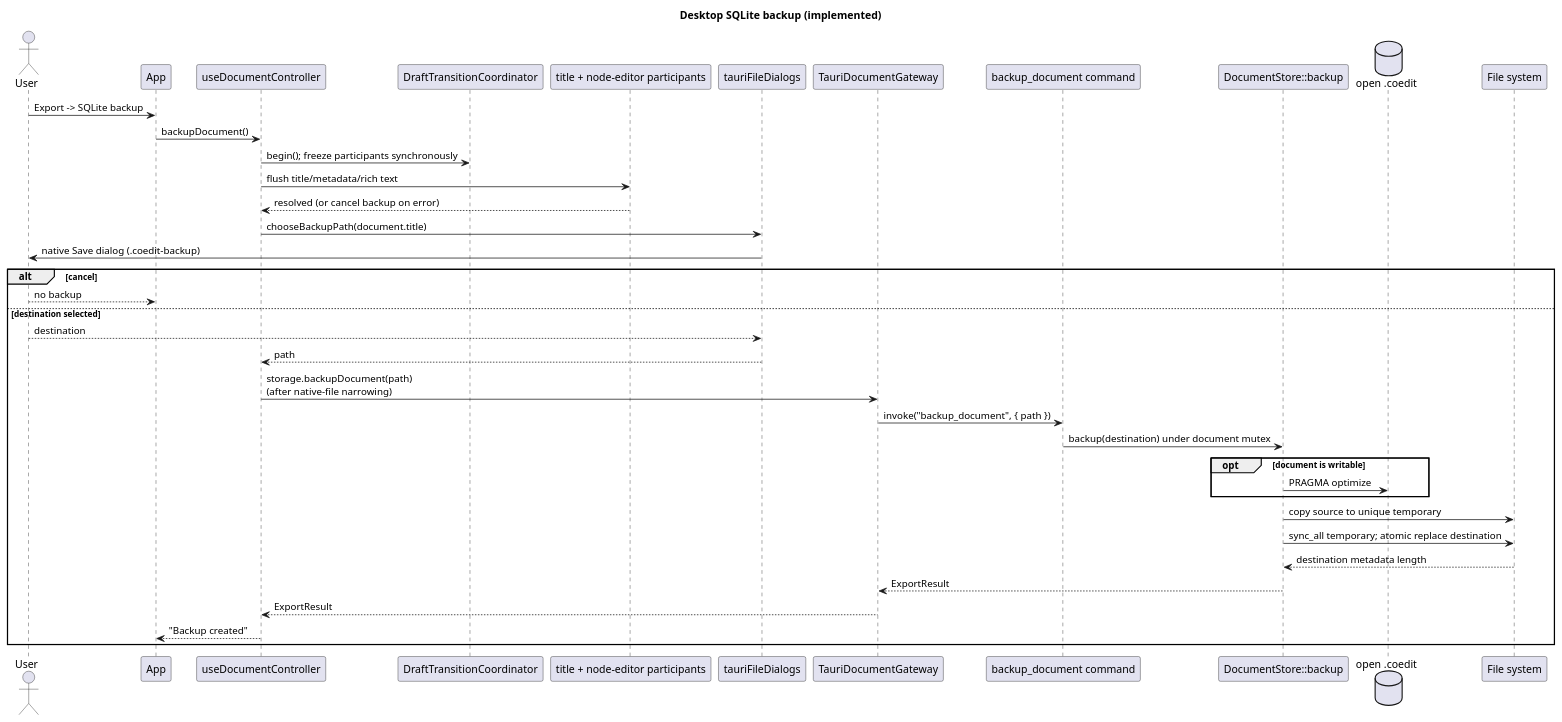
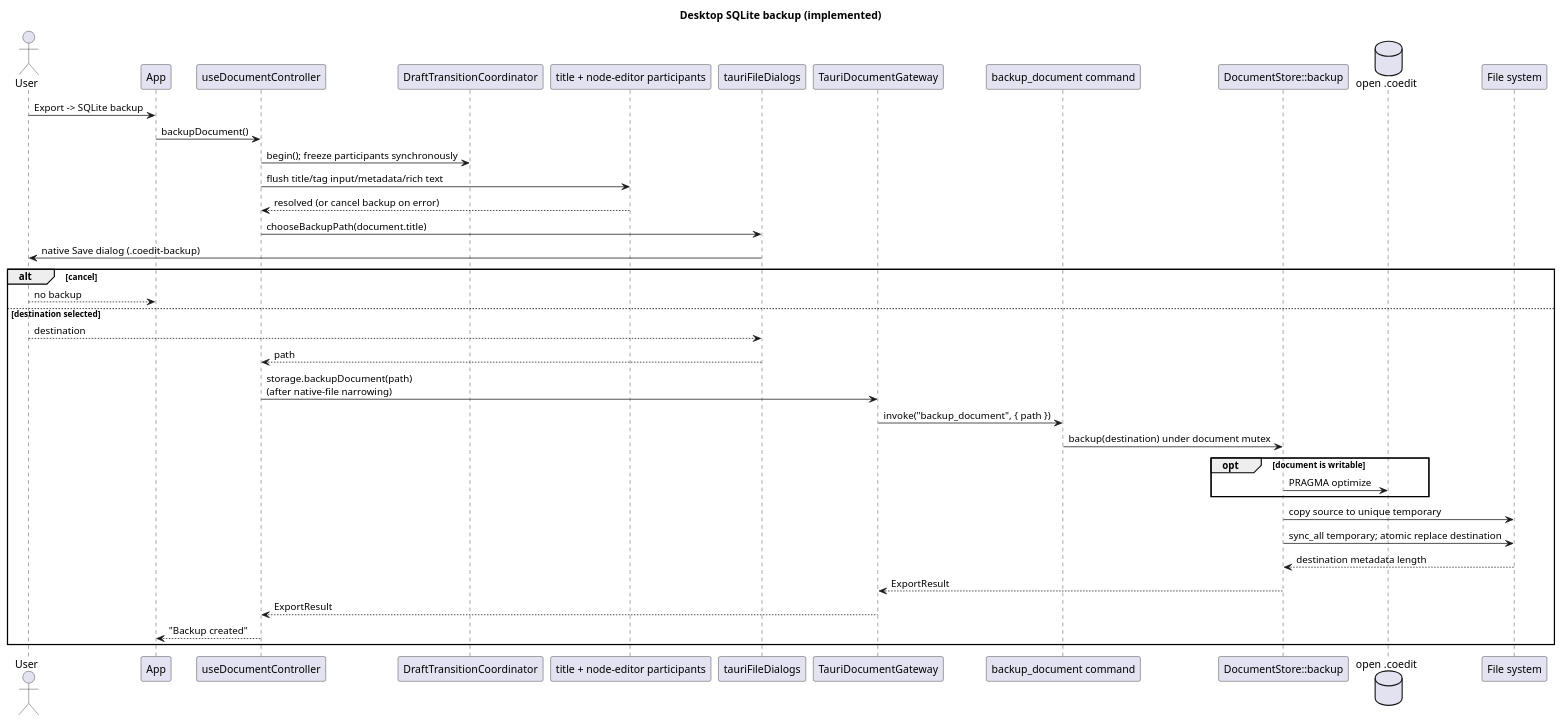
One commit to benoit-gl/coedit changed the tenth of 13 diagrams in docs/SEQUENCE_DIAGRAMS.md. Above: the diagram before and after it, drawn with PlantUML. The commit also changed other lines of this file and 29 other files, not shown here.

````diff
--- a/docs/SEQUENCE_DIAGRAMS.md
+++ b/docs/SEQUENCE_DIAGRAMS.md
@@ -610,42 +610,42 @@
 ```plantuml
 @startuml
 title Desktop SQLite backup (implemented)
 actor User
 participant "App" as App
 participant "useDocumentController" as Controller
 participant "DraftTransitionCoordinator" as Drafts
 participant "title + node-editor participants" as Participants
 participant "tauriFileDialogs" as Dialogs
 participant "TauriDocumentGateway" as Gateway
 participant "backup_document command" as Command
 participant "DocumentStore::backup" as Store
 database "open .coedit" as Source
 participant "File system" as FS
 
 User -> App : Export -> SQLite backup
 App -> Controller : backupDocument()
 Controller -> Drafts : begin(); freeze participants synchronously
-Controller -> Participants : flush title/metadata/rich text
+Controller -> Participants : flush title/tag input/metadata/rich text
 Participants --> Controller : resolved (or cancel backup on error)
 Controller -> Dialogs : chooseBackupPath(document.title)
 Dialogs -> User : native Save dialog (.coedit-backup)
 alt cancel
   User --> App : no backup
 else destination selected
   User --> Dialogs : destination
   Dialogs --> Controller : path
   Controller -> Gateway : storage.backupDocument(path)\n(after native-file narrowing)
   Gateway -> Command : invoke("backup_document", { path })
   Command -> Store : backup(destination) under document mutex
   opt document is writable
     Store -> Source : PRAGMA optimize
   end
   Store -> FS : copy source to unique temporary
   Store -> FS : sync_all temporary; atomic replace destination
   FS --> Store : destination metadata length
   Store --> Gateway : ExportResult
   Gateway --> Controller : ExportResult
   Controller --> App : "Backup created"
 end
 @enduml
 ```
````
